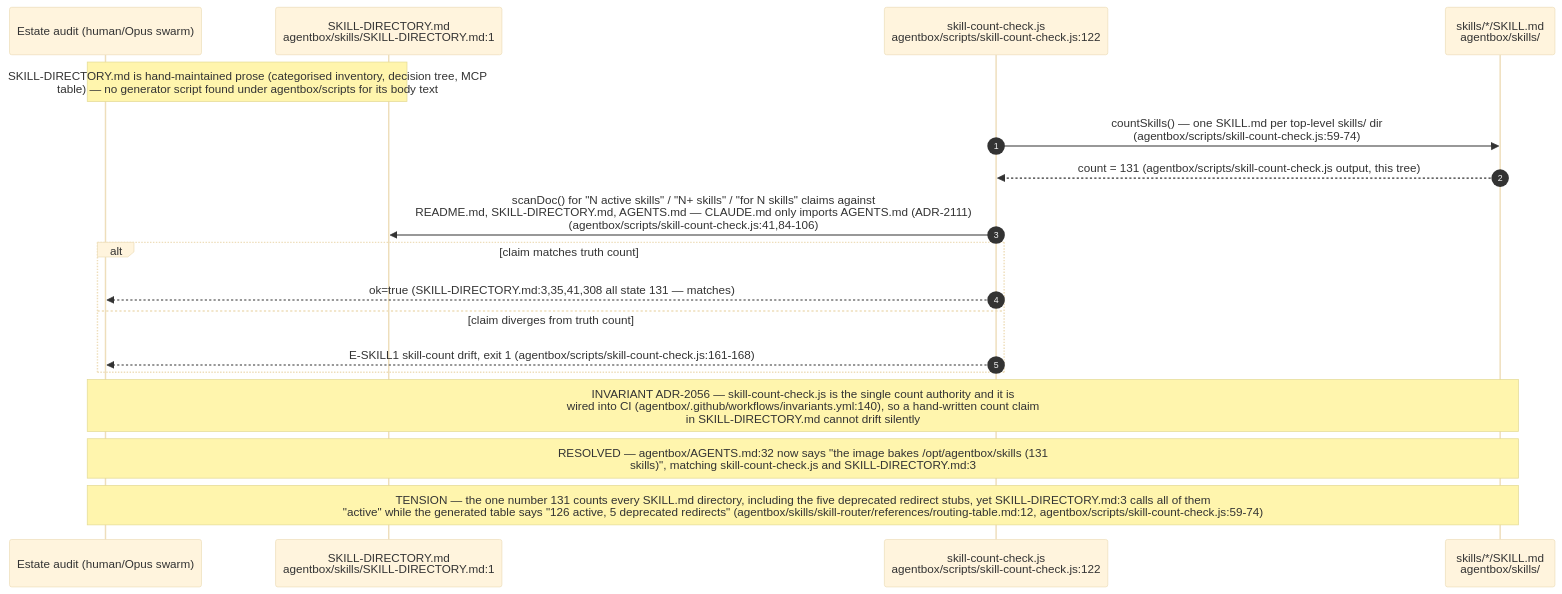
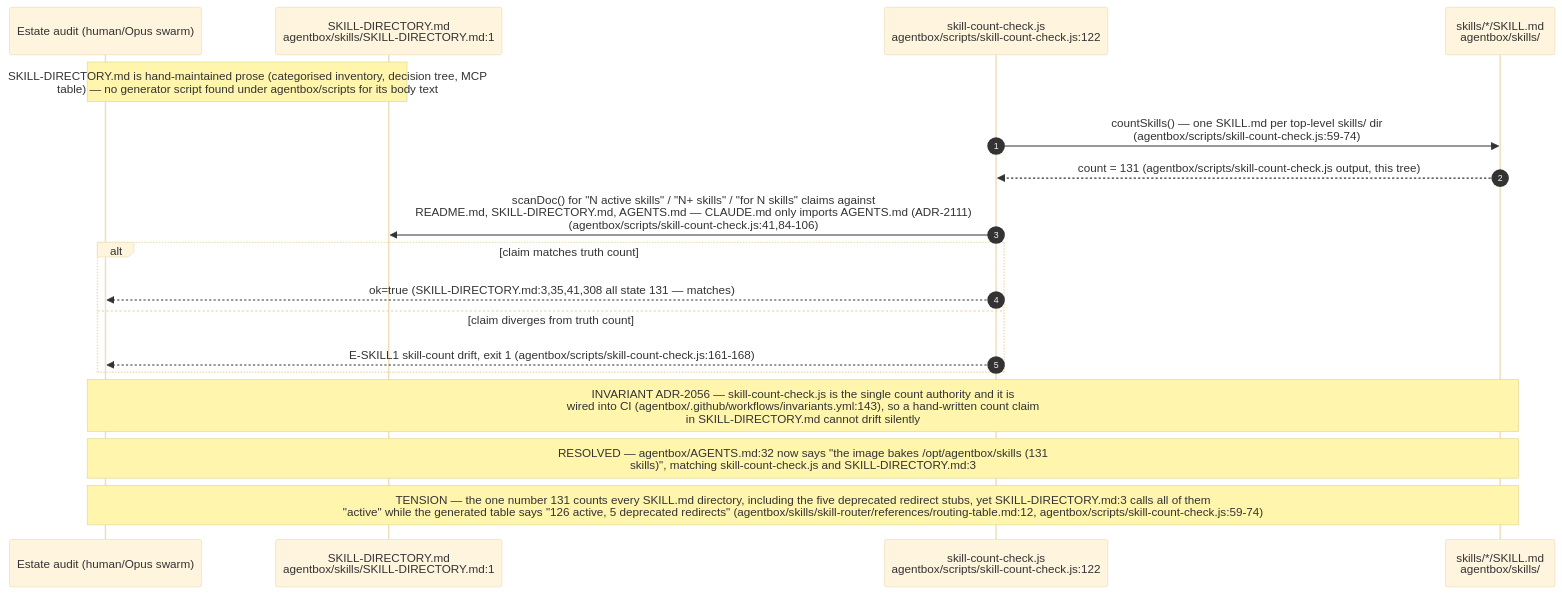
One commit to DreamLab-AI/VisionFlow changed the fourth of 12 diagrams in docs/diagrams/agentbox/22-skills-and-routing.md. Above: the diagram before and after it, drawn with Mermaid (base theme). The commit also changed other lines of this file and 145 other files, not shown here.

````diff
--- a/docs/diagrams/agentbox/22-skills-and-routing.md
+++ b/docs/diagrams/agentbox/22-skills-and-routing.md
@@ -191,21 +191,21 @@
 ```mermaid
 sequenceDiagram
     autonumber
     participant AUTHOR as Estate audit (human/Opus swarm)
     participant DIR as SKILL-DIRECTORY.md<br/>agentbox/skills/SKILL-DIRECTORY.md:1
     participant CNT as skill-count-check.js<br/>agentbox/scripts/skill-count-check.js:122
     participant DISK as skills/*/SKILL.md<br/>agentbox/skills/
 
     Note over AUTHOR,DIR: SKILL-DIRECTORY.md is hand-maintained prose (categorised inventory, decision tree, MCP<br/>table) — no generator script found under agentbox/scripts for its body text
     CNT->>DISK: countSkills() — one SKILL.md per top-level skills/ dir<br/>(agentbox/scripts/skill-count-check.js:59-74)
     DISK-->>CNT: count = 131 (agentbox/scripts/skill-count-check.js output, this tree)
     CNT->>DIR: scanDoc() for "N active skills" / "N+ skills" / "for N skills" claims against<br/>README.md, SKILL-DIRECTORY.md, AGENTS.md — CLAUDE.md only imports AGENTS.md (ADR-2111)<br/>(agentbox/scripts/skill-count-check.js:41,84-106)
     alt claim matches truth count
         CNT-->>AUTHOR: ok=true (SKILL-DIRECTORY.md:3,35,41,308 all state 131 — matches)
     else claim diverges from truth count
         CNT-->>AUTHOR: E-SKILL1 skill-count drift, exit 1 (agentbox/scripts/skill-count-check.js:161-168)
     end
-    Note over AUTHOR,DISK: INVARIANT ADR-2056 — skill-count-check.js is the single count authority and it is<br/>wired into CI (agentbox/.github/workflows/invariants.yml:140), so a hand-written count claim<br/>in SKILL-DIRECTORY.md cannot drift silently
+    Note over AUTHOR,DISK: INVARIANT ADR-2056 — skill-count-check.js is the single count authority and it is<br/>wired into CI (agentbox/.github/workflows/invariants.yml:143), so a hand-written count claim<br/>in SKILL-DIRECTORY.md cannot drift silently
     Note over AUTHOR,DISK: RESOLVED — agentbox/AGENTS.md:32 now says "the image bakes /opt/agentbox/skills (131<br/>skills)", matching skill-count-check.js and SKILL-DIRECTORY.md:3
     Note over AUTHOR,DISK: TENSION — the one number 131 counts every SKILL.md directory, including the five deprecated redirect stubs, yet SKILL-DIRECTORY.md:3 calls all of them<br/>"active" while the generated table says "126 active, 5 deprecated redirects" (agentbox/skills/skill-router/references/routing-table.md:12, agentbox/scripts/skill-count-check.js:59-74)
 ```
````
